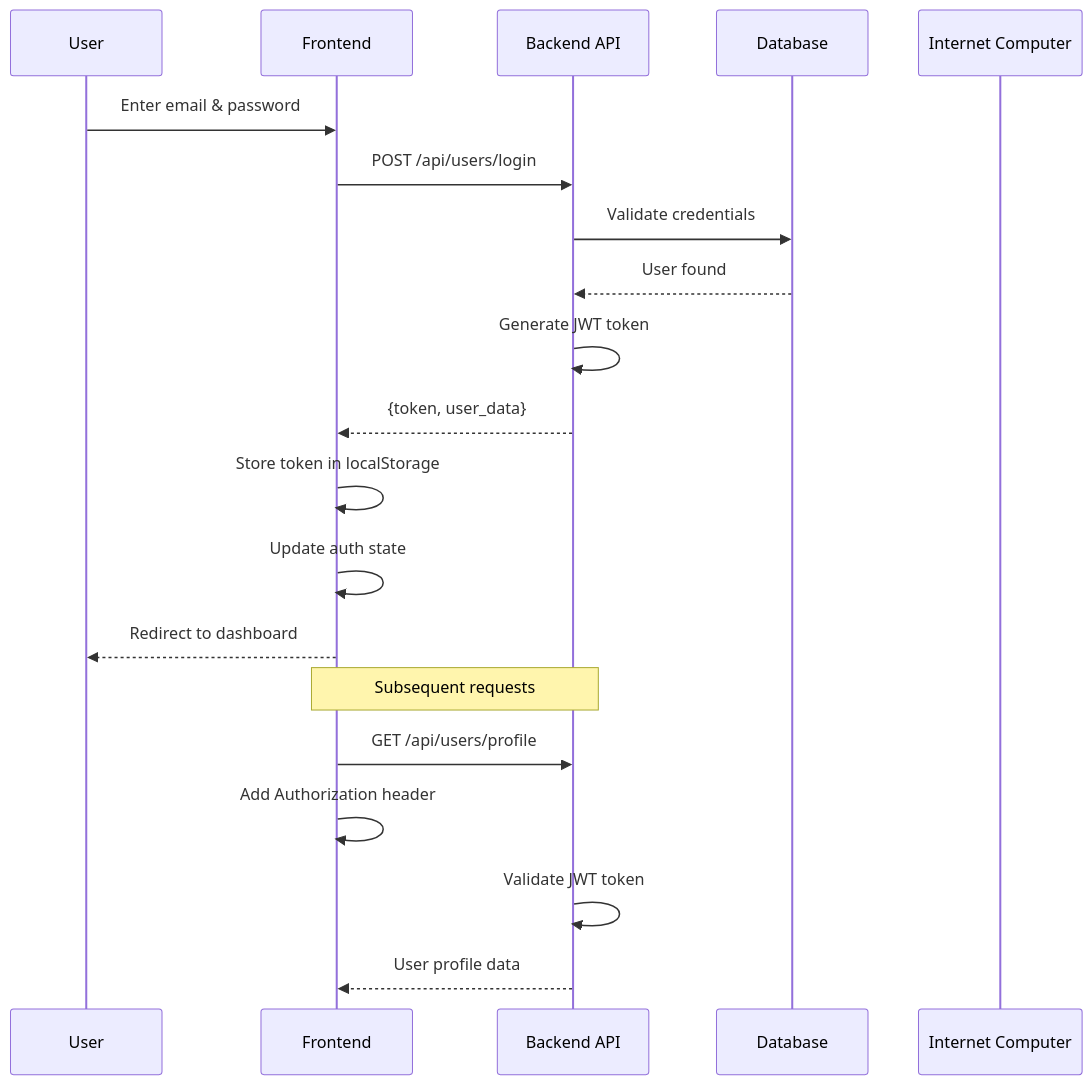
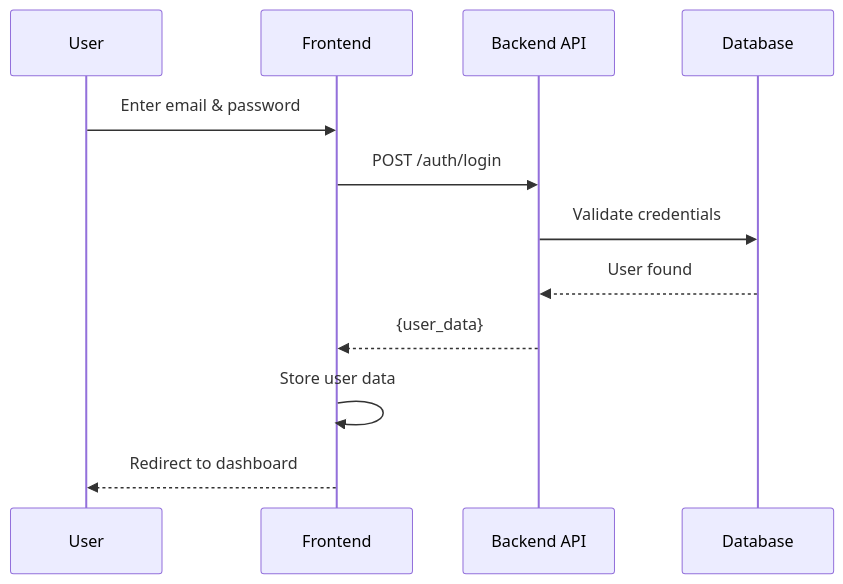
One commit to jurus-macul/pedulicarbon changed the second of 2 diagrams in docs/FRONTEND_INTEGRATION.md. Above: the diagram before and after it, drawn with Mermaid. The commit also changed other lines of this file and 2 other files, not shown here.

````diff
--- a/docs/FRONTEND_INTEGRATION.md
+++ b/docs/FRONTEND_INTEGRATION.md
@@ -110,24 +33,15 @@
 ```mermaid
 sequenceDiagram
     participant U as User
     participant F as Frontend
     participant API as Backend API
     participant DB as Database
-    participant ICP as Internet Computer
     
     U->>F: Enter email & password
-    F->>API: POST /api/users/login
+    F->>API: POST /auth/login
     API->>DB: Validate credentials
     DB-->>API: User found
-    API->>API: Generate JWT token
-    API-->>F: {token, user_data}
-    F->>F: Store token in localStorage
-    F->>F: Update auth state
+    API-->>F: {user_data}
+    F->>F: Store user data
     F-->>U: Redirect to dashboard
-    
-    Note over F,API: Subsequent requests
-    F->>API: GET /api/users/profile
-    F->>F: Add Authorization header
-    API->>API: Validate JWT token
-    API-->>F: User profile data
 ```
````
